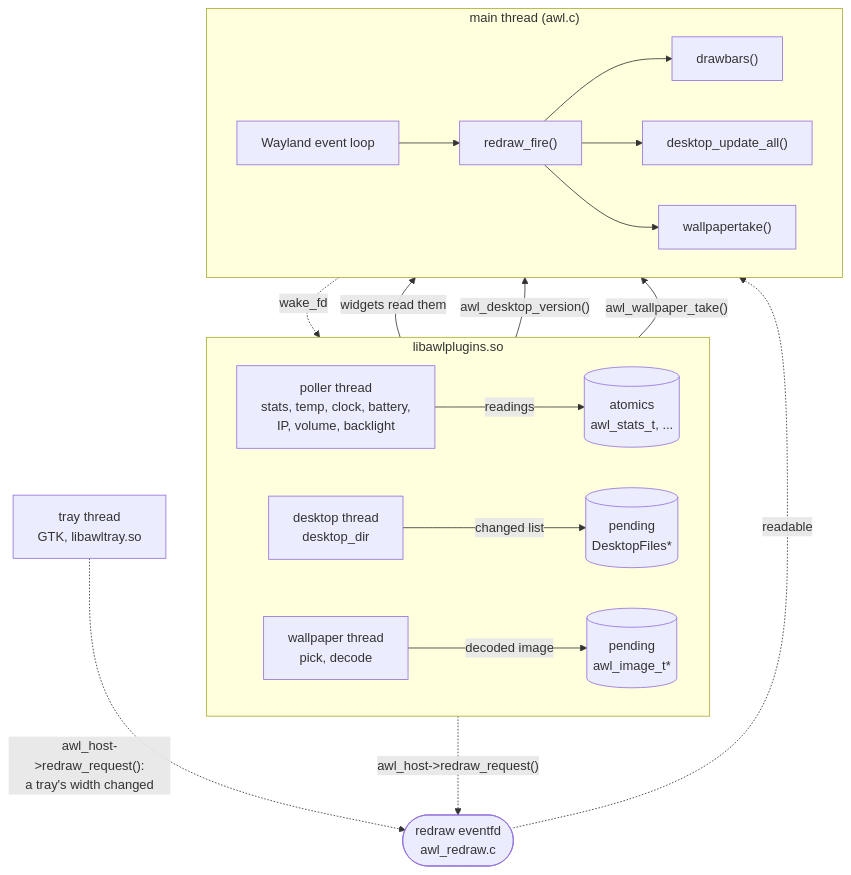
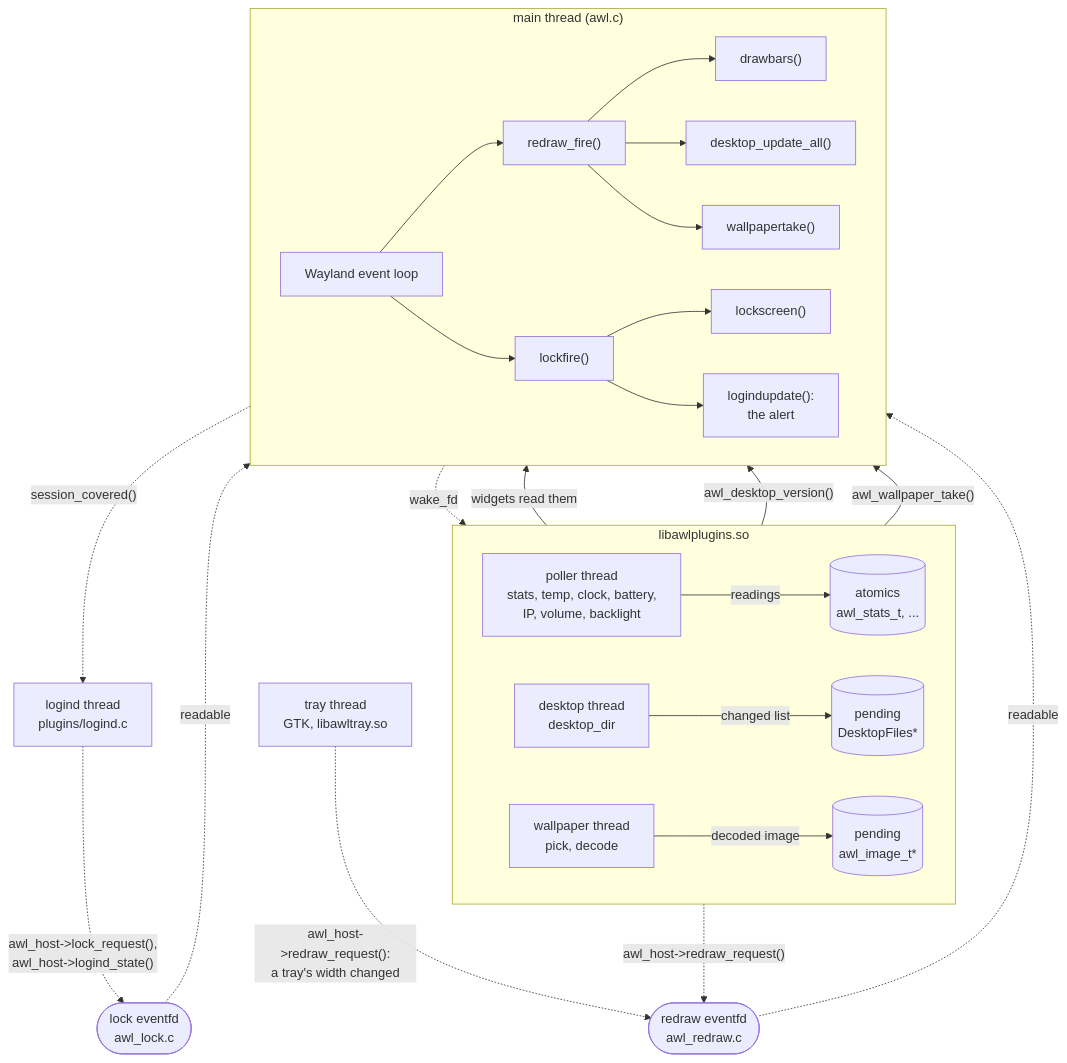
Before and after one commit to alcubierre-drive/awl: the first of 7 diagrams in doc/threads.rst, drawn with Mermaid. The commit also changed other lines of this file and 25 other files, not shown here.

```diff
--- a/doc/threads.rst
+++ b/doc/threads.rst
@@ -84,26 +97,34 @@
 .. mermaid::
 
    flowchart TB
      subgraph lib["libawlplugins.so"]
        direction LR
        poller["poller thread<br/>stats, temp, clock, battery,<br/>IP, volume, backlight"] -- "readings" --> atomics[("atomics<br/>awl_stats_t, ...")]
        scanner["desktop thread<br/>desktop_dir"] -- "changed list" --> pending[("pending<br/>DesktopFiles*")]
        changer["wallpaper thread<br/>pick, decode"] -- "decoded image" --> image[("pending<br/>awl_image_t*")]
      end
      tray["tray thread<br/>GTK, libawltray.so"]
+     logind["logind thread<br/>plugins/logind.c"]
      redraw(["redraw eventfd<br/>awl_redraw.c"])
+     lockfd(["lock eventfd<br/>awl_lock.c"])
      subgraph main["main thread (awl.c)"]
        direction LR
        loop["Wayland event loop"] --> fire["redraw_fire()"]
        fire --> bars["drawbars()"]
        fire --> panels["desktop_update_all()"]
        fire --> wp["wallpapertake()"]
+       loop --> lockfire["lockfire()"]
+       lockfire --> lockscreen["lockscreen()"]
+       lockfire --> logindupdate["logindupdate():<br/>the alert"]
      end
 
      lib -. "awl_host->redraw_request()" .-> redraw
      tray -. "awl_host->redraw_request():<br/>a tray's width changed" .-> redraw
      redraw -. "readable" .-> loop
+     logind -. "awl_host->lock_request(),<br/>awl_host->logind_state()" .-> lockfd
+     lockfd -. "readable" .-> loop
+     main -. "session_covered()" .-> logind
      atomics -- "widgets read them" --> bars
      pending -- "awl_desktop_version()" --> panels
      image -- "awl_wallpaper_take()" --> wp
      main -. "wake_fd" .-> lib
```
